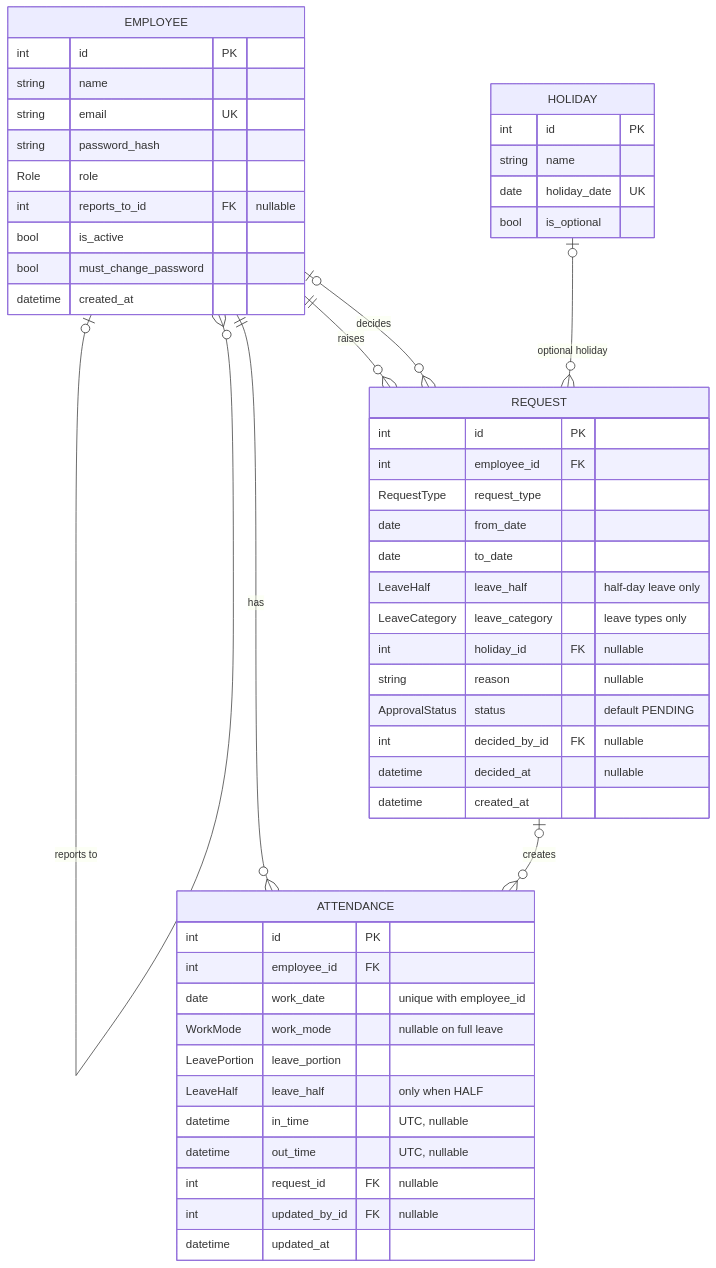
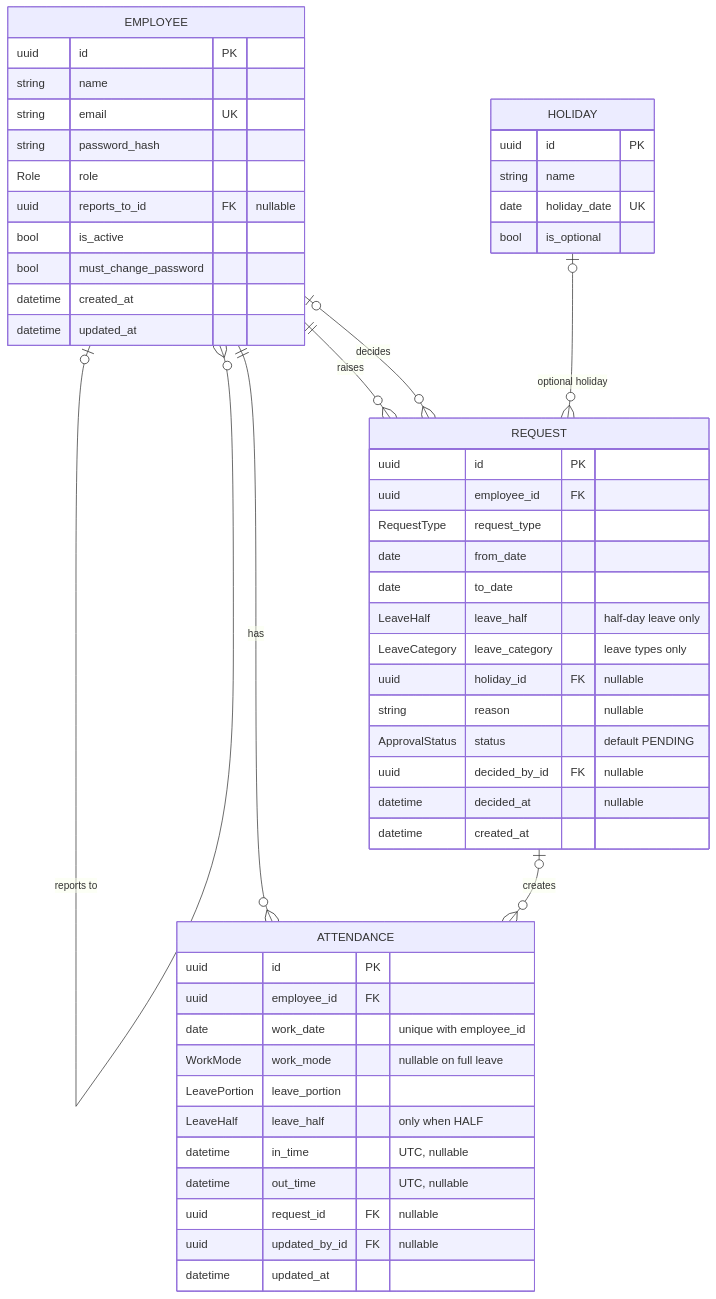
One commit to satyam372/attendance-app changed the diagram in docs/schema.md. Above: the diagram before and after it, drawn with Mermaid. The commit also changed other lines of this file and 23 other files, not shown here.

````diff
--- a/docs/schema.md
+++ b/docs/schema.md
@@ -7,55 +7,56 @@
 ```mermaid
 erDiagram
   EMPLOYEE |o--o{ EMPLOYEE : "reports to"
   EMPLOYEE ||--o{ ATTENDANCE : "has"
   EMPLOYEE ||--o{ REQUEST : "raises"
   EMPLOYEE |o--o{ REQUEST : "decides"
   REQUEST |o--o{ ATTENDANCE : "creates"
   HOLIDAY |o--o{ REQUEST : "optional holiday"
 
   EMPLOYEE {
-    int id PK
+    uuid id PK
     string name
     string email UK
     string password_hash
     Role role
-    int reports_to_id FK "nullable"
+    uuid reports_to_id FK "nullable"
     bool is_active
     bool must_change_password
     datetime created_at
+    datetime updated_at
   }
   ATTENDANCE {
-    int id PK
-    int employee_id FK
+    uuid id PK
+    uuid employee_id FK
     date work_date "unique with employee_id"
     WorkMode work_mode "nullable on full leave"
     LeavePortion leave_portion
     LeaveHalf leave_half "only when HALF"
     datetime in_time "UTC, nullable"
     datetime out_time "UTC, nullable"
-    int request_id FK "nullable"
-    int updated_by_id FK "nullable"
+    uuid request_id FK "nullable"
+    uuid updated_by_id FK "nullable"
     datetime updated_at
   }
   REQUEST {
-    int id PK
-    int employee_id FK
+    uuid id PK
+    uuid employee_id FK
     RequestType request_type
     date from_date
     date to_date
     LeaveHalf leave_half "half-day leave only"
     LeaveCategory leave_category "leave types only"
-    int holiday_id FK "nullable"
+    uuid holiday_id FK "nullable"
     string reason "nullable"
     ApprovalStatus status "default PENDING"
-    int decided_by_id FK "nullable"
+    uuid decided_by_id FK "nullable"
     datetime decided_at "nullable"
     datetime created_at
   }
   HOLIDAY {
-    int id PK
+    uuid id PK
     string name
     date holiday_date UK
     bool is_optional
   }
 ```
````
